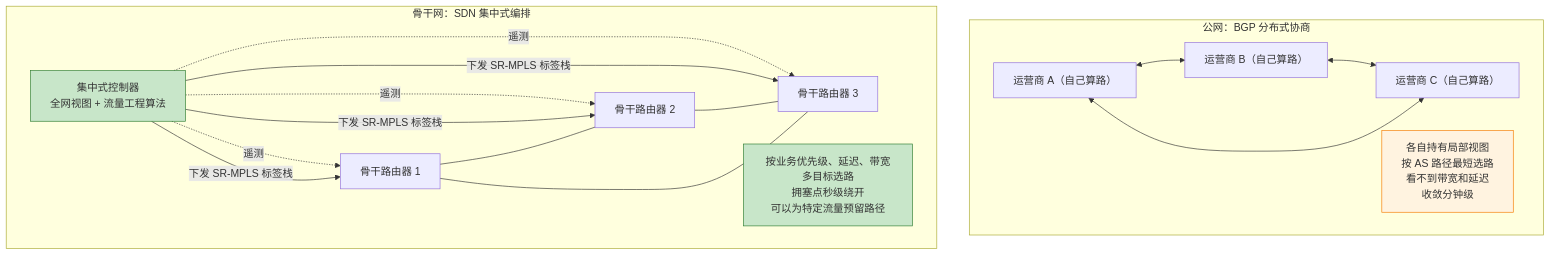
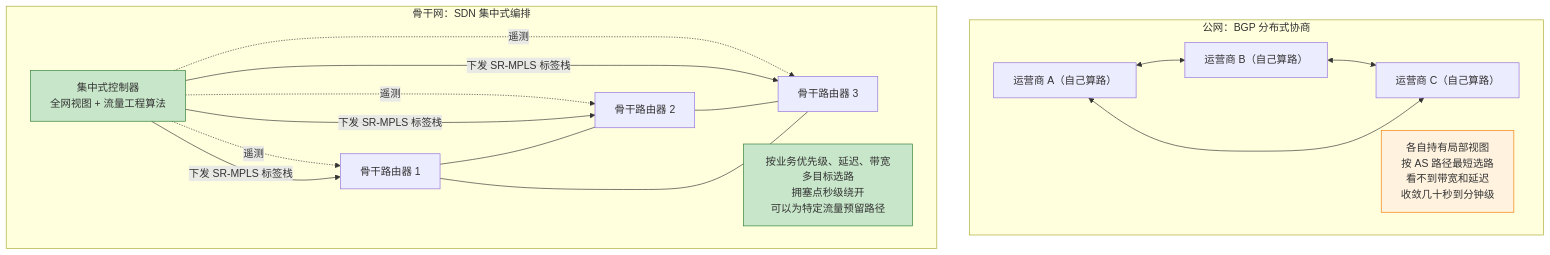
The fourth of 4 diagrams in docs/24.让流量走更好的路Anycast与云骨干网.md (caozhiyi/network-book), drawn with Mermaid before and after one commit. The commit also changed other lines of this file and 44 other files, not shown here.

Commit message:
optimize chapter content, add copyright/social links and schema overrides.

````diff
--- a/docs/24.让流量走更好的路Anycast与云骨干网.md
+++ b/docs/24.让流量走更好的路Anycast与云骨干网.md
@@ -137,27 +141,27 @@
 ```mermaid
 graph TB
     subgraph SG1["公网：BGP 分布式协商"]
         AS1["运营商 A（自己算路）"] <--> AS2["运营商 B（自己算路）"]
         AS2 <--> AS3["运营商 C（自己算路）"]
         AS1 <--> AS3
-        Note1["各自持有局部视图<br/>按 AS 路径最短选路<br/>看不到带宽和延迟<br/>收敛分钟级"]
+        Note1["各自持有局部视图<br/>按 AS 路径最短选路<br/>看不到带宽和延迟<br/>收敛几十秒到分钟级"]
     end
 
     subgraph SG2["骨干网：SDN 集中式编排"]
         Controller["集中式控制器<br/>全网视图 + 流量工程算法"]
         Controller -.遥测.-> R1["骨干路由器 1"]
         Controller -.遥测.-> R2["骨干路由器 2"]
         Controller -.遥测.-> R3["骨干路由器 3"]
         Controller -->|"下发 SR-MPLS 标签栈"| R1
         Controller -->|"下发 SR-MPLS 标签栈"| R2
         Controller -->|"下发 SR-MPLS 标签栈"| R3
         R1 --- R2
         R2 --- R3
         R1 --- R3
         Note2["按业务优先级、延迟、带宽多目标选路<br/>拥塞点秒级绕开<br/>可以为特定流量预留路径"]
     end
 
     style Controller fill:#c8e6c9,stroke:#2e7d32
     style Note1 fill:#fff3e0,stroke:#f57c00
     style Note2 fill:#c8e6c9,stroke:#2e7d32
 ```
````
